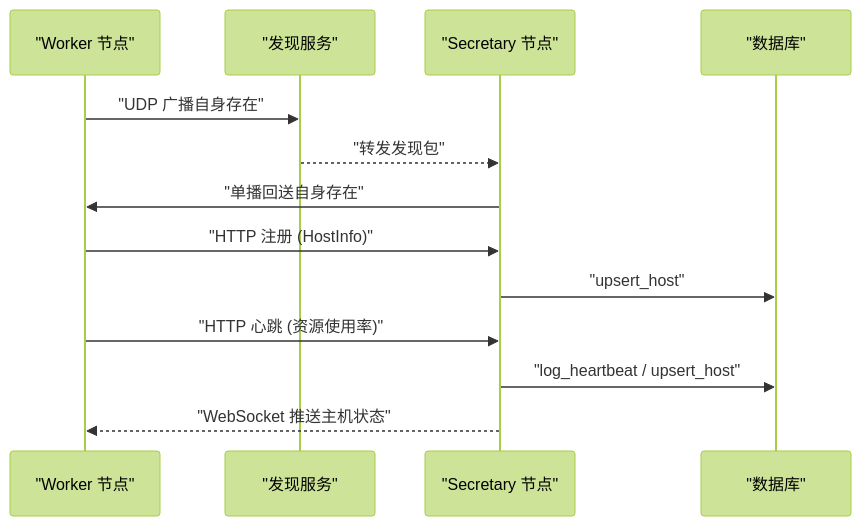
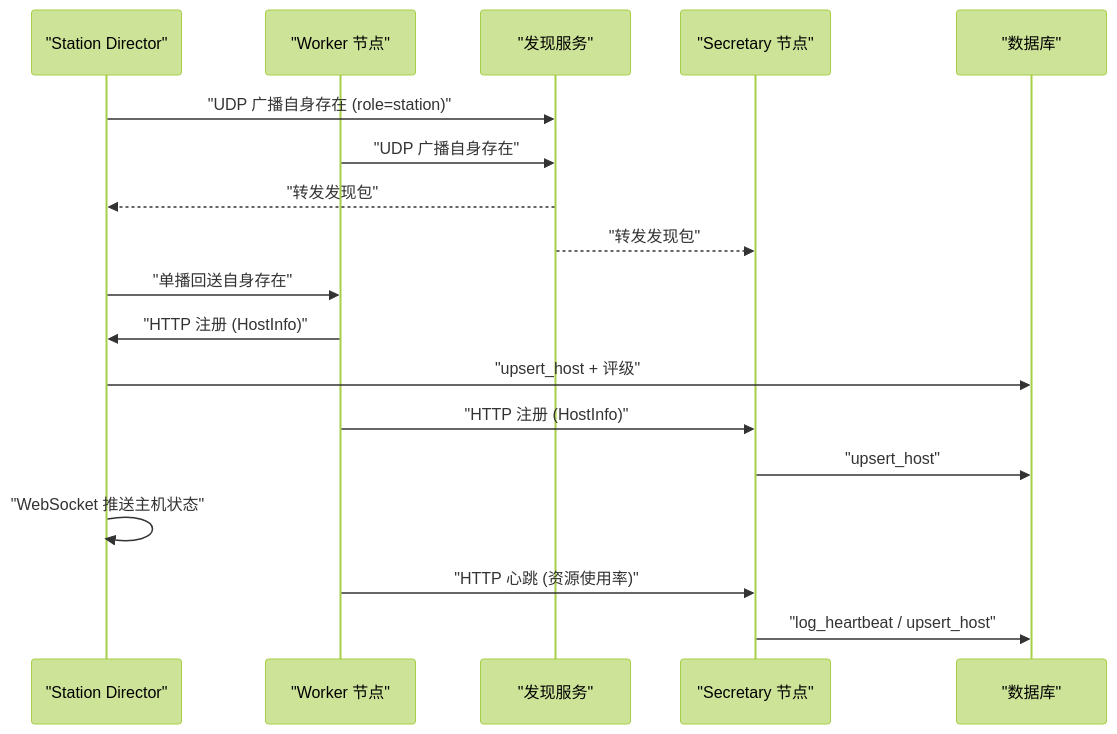
Before and after one commit to targalian/Personal-distributed-workstation: the second of 9 diagrams in .qoder/repowiki/zh/content/部署指南/部署指南.md, drawn with Mermaid (forest theme). The commit also changed other lines of this file and 69 other files, not shown here.

````diff
--- a/.qoder/repowiki/zh/content/部署指南/部署指南.md
+++ b/.qoder/repowiki/zh/content/部署指南/部署指南.md
@@ -127,15 +146,20 @@
 ```mermaid
 sequenceDiagram
+participant SD as "Station Director"
 participant W as "Worker 节点"
 participant N as "发现服务"
 participant S as "Secretary 节点"
 participant DB as "数据库"
+SD->>N : "UDP 广播自身存在 (role=station)"
 W->>N : "UDP 广播自身存在"
+N-->>SD : "转发发现包"
 N-->>S : "转发发现包"
-S->>W : "单播回送自身存在"
+SD->>W : "单播回送自身存在"
+W->>SD : "HTTP 注册 (HostInfo)"
+SD->>DB : "upsert_host + 评级"
 W->>S : "HTTP 注册 (HostInfo)"
 S->>DB : "upsert_host"
+SD->>SD : "WebSocket 推送主机状态"
 W->>S : "HTTP 心跳 (资源使用率)"
 S->>DB : "log_heartbeat / upsert_host"
-S-->>W : "WebSocket 推送主机状态"
 ```
````
